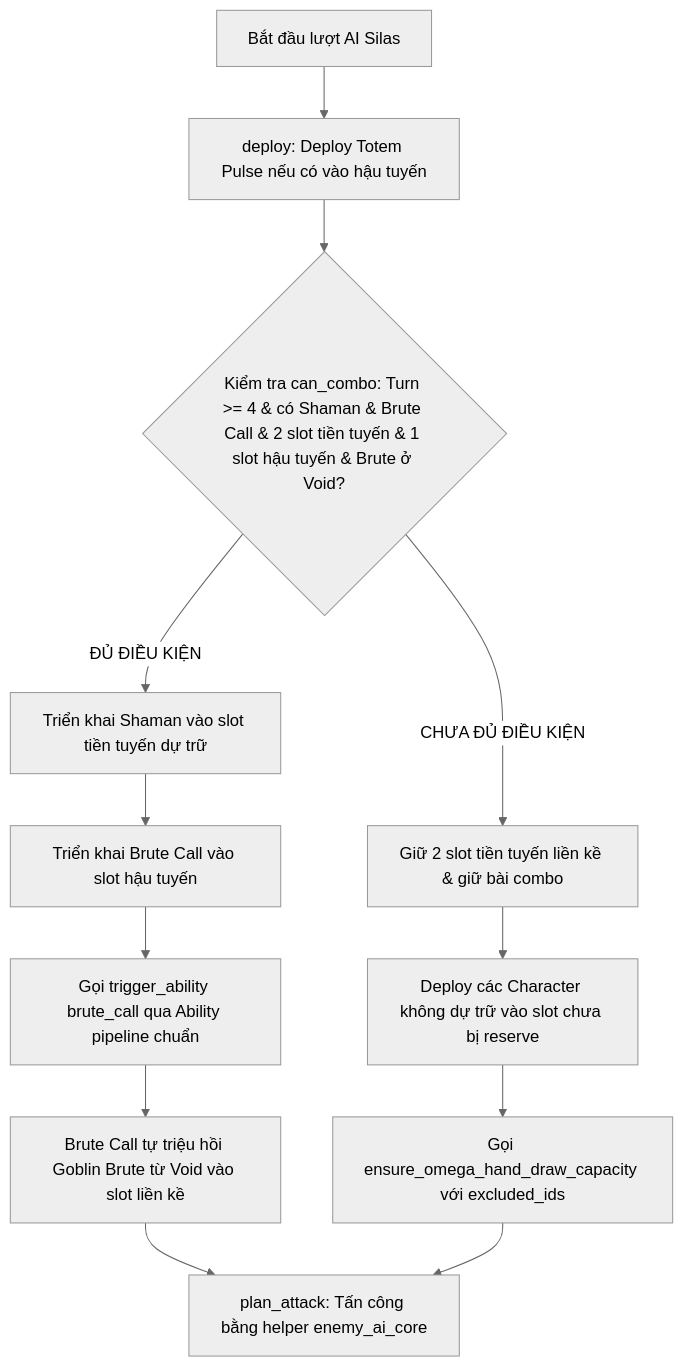
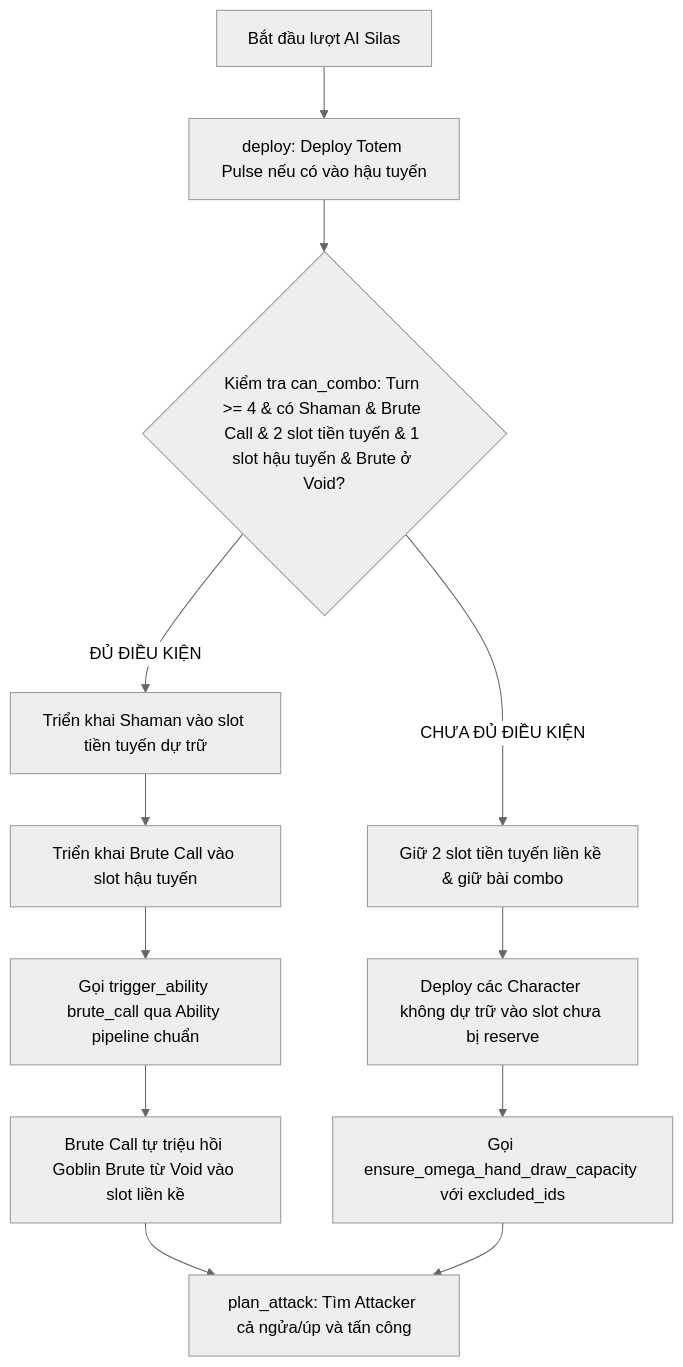
One commit to SaiGame-studio/sg03-private changed the diagram in Assets/_sg03/docs/pve/normal_enemies/silas.md. Above: the diagram before and after it, drawn with Mermaid (neutral theme). The commit also changed other lines of this file and 1 other file, not shown here.

````diff
--- a/Assets/_sg03/docs/pve/normal_enemies/silas.md
+++ b/Assets/_sg03/docs/pve/normal_enemies/silas.md
@@ -152,17 +127,17 @@
 ```mermaid
 flowchart TD
     A[Bắt đầu lượt AI Silas] --> B[deploy: Deploy Totem Pulse nếu có vào hậu tuyến]
     B --> C{Kiểm tra can_combo: Turn >= 4 & có Shaman & Brute Call & 2 slot tiền tuyến & 1 slot hậu tuyến & Brute ở Void?}
     
     C -- ĐỦ ĐIỀU KIỆN --> D[Triển khai Shaman vào slot tiền tuyến dự trữ]
     D --> E[Triển khai Brute Call vào slot hậu tuyến]
     E --> F[Gọi trigger_ability brute_call qua Ability pipeline chuẩn]
     F --> G[Brute Call tự triệu hồi Goblin Brute từ Void vào slot liền kề]
 
     C -- CHƯA ĐỦ ĐIỀU KIỆN --> H[Giữ 2 slot tiền tuyến liền kề & giữ bài combo]
     H --> I[Deploy các Character không dự trữ vào slot chưa bị reserve]
     I --> J[Gọi ensure_omega_hand_draw_capacity với excluded_ids]
 
-    G --> K[plan_attack: Tấn công bằng helper enemy_ai_core]
+    G --> K[plan_attack: Tìm Attacker cả ngửa/úp và tấn công]
     J --> K
 ```
````
